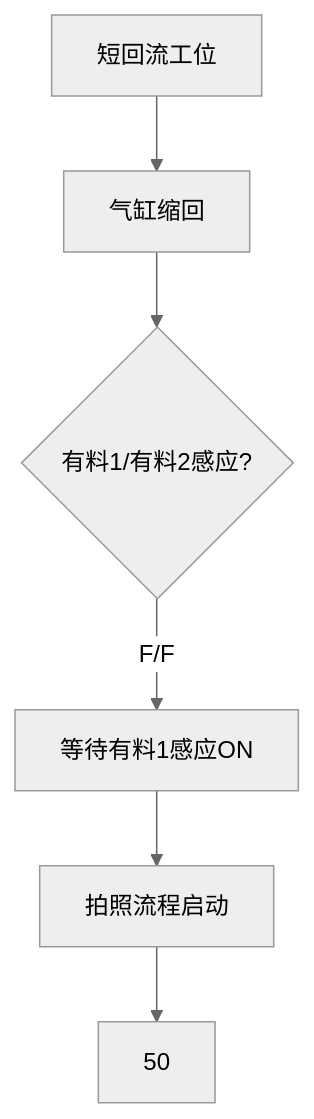
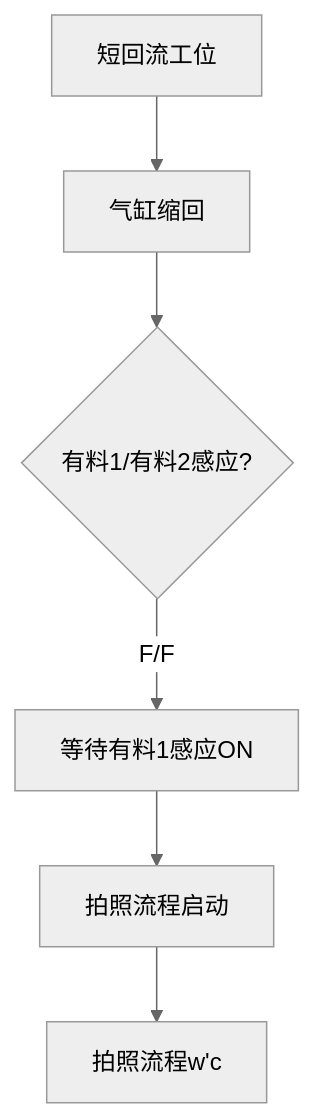
One commit to zmq000/iodraw-files changed the diagram in all/未命名.md. Above: the diagram before and after it, drawn with Mermaid (neutral theme).

Commit message:
2026-06-17 20:58:39 update

````diff
--- a/all/未命名.md
+++ b/all/未命名.md
@@ -1,9 +1,9 @@
 ```mermaid
 graph TD
 0[短回流工位]-->10
 10[气缸缩回]-->20
 20{有料1/有料2感应?}-->|F/F|30
 30[等待有料1感应ON]-->40
 40[拍照流程启动]-->50
-50
+50[拍照流程w'c]
 ```
````
